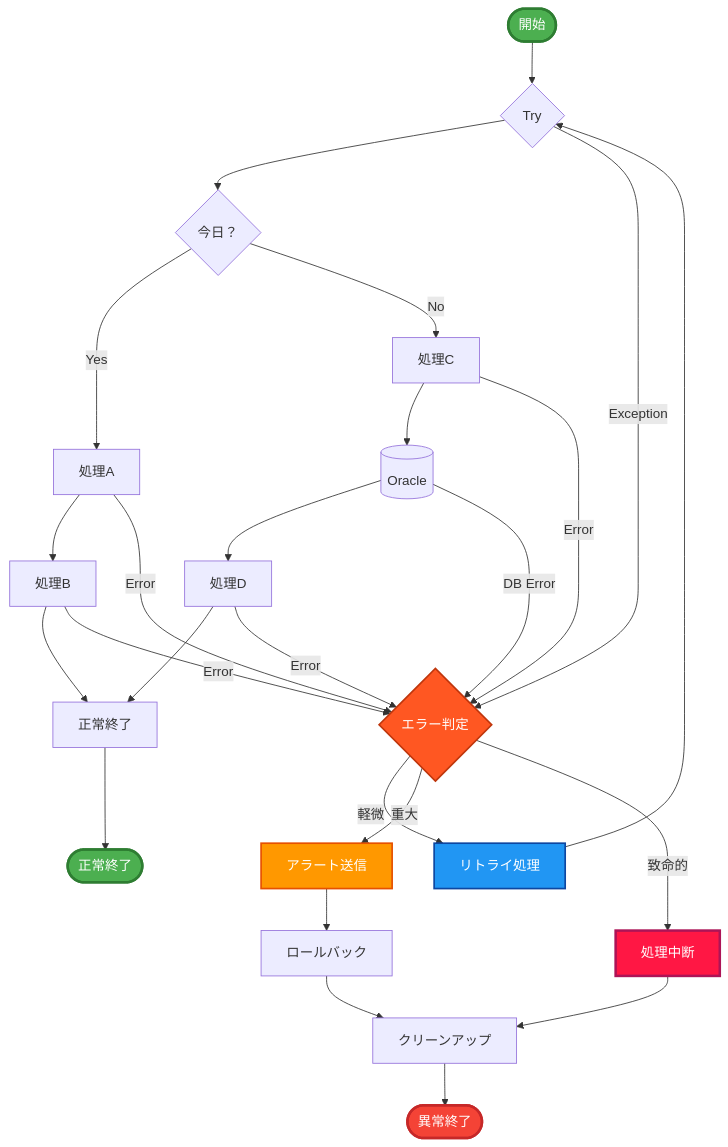
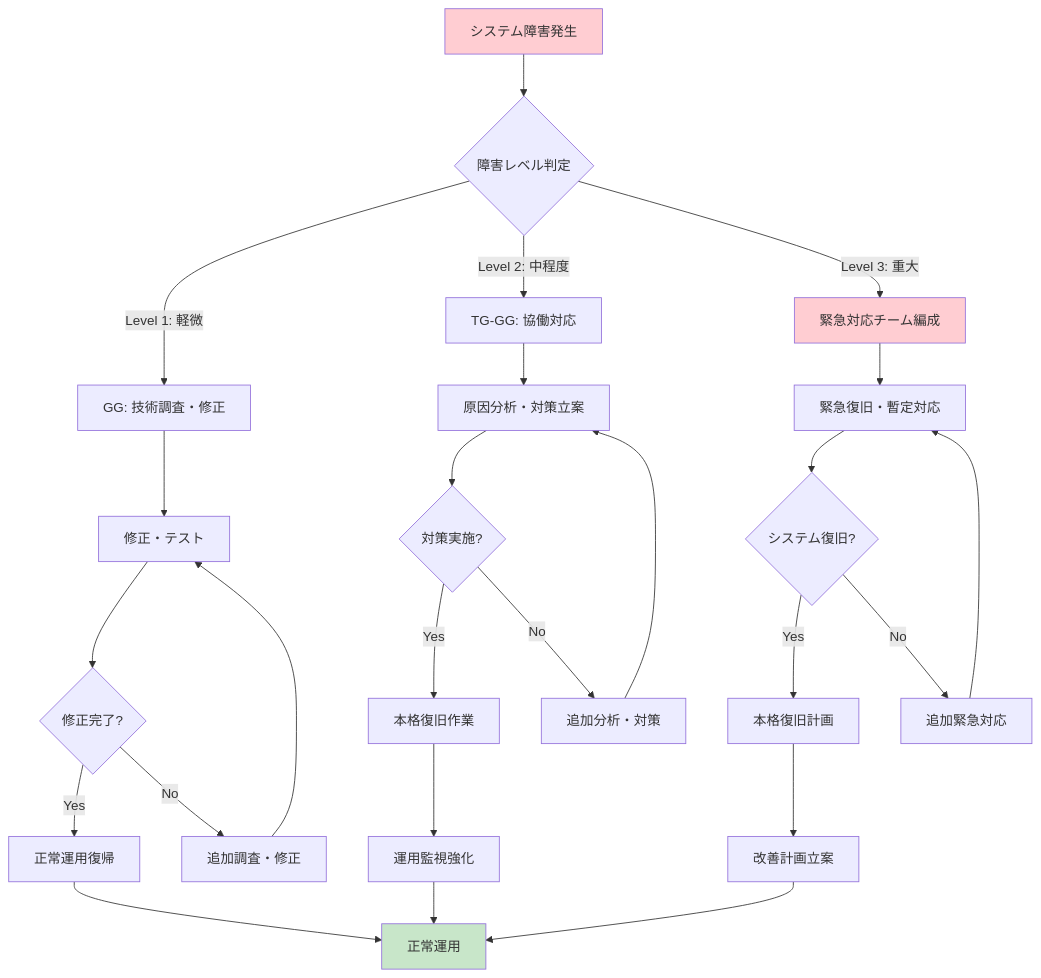
One commit to MasatakaNakamura/xlsx-data-analyzer changed the seventh of 10 diagrams in docs/構成図_詳細フローチャート.md. Above: the diagram before and after it, drawn with Mermaid. The commit also changed other lines of this file and 32 other files, not shown here.

````diff
--- a/docs/構成図_詳細フローチャート.md
+++ b/docs/構成図_詳細フローチャート.md
@@ -208,44 +239,39 @@
 ```mermaid
 flowchart TD
-    Start([開始]) --> TryBlock{Try}
+    A[システム障害発生] --> B{障害レベル判定}
 
-    TryBlock --> Decision{今日？}
-    Decision -->|Yes| ProcessA[処理A]
-    Decision -->|No| ProcessC[処理C]
+    B -->|Level 1: 軽微| C[GG: 技術調査・修正]
+    B -->|Level 2: 中程度| D[TG-GG: 協働対応]
+    B -->|Level 3: 重大| E[緊急対応チーム編成]
 
-    ProcessA --> ProcessB[処理B]
-    ProcessC --> Oracle[(Oracle)]
-    Oracle --> ProcessD[処理D]
+    C --> F[修正・テスト]
+    D --> G[原因分析・対策立案]
+    E --> H[緊急復旧・暫定対応]
 
-    ProcessB --> Success[正常終了]
-    ProcessD --> Success
+    F --> I{修正完了?}
+    G --> J{対策実施?}
+    H --> K{システム復旧?}
 
-    %% エラーハンドリング
-    TryBlock -->|Exception| ErrorHandler{エラー判定}
-    ProcessA -->|Error| ErrorHandler
-    ProcessB -->|Error| ErrorHandler
-    ProcessC -->|Error| ErrorHandler
-    Oracle -->|DB Error| ErrorHandler
-    ProcessD -->|Error| ErrorHandler
+    I -->|Yes| L[正常運用復帰]
+    I -->|No| M[追加調査・修正]
 
-    ErrorHandler -->|軽微| Retry[リトライ処理]
-    ErrorHandler -->|重大| Alert[アラート送信]
-    ErrorHandler -->|致命的| Abort[処理中断]
+    J -->|Yes| N[本格復旧作業]
+    J -->|No| O[追加分析・対策]
 
-    Retry --> TryBlock
-    Alert --> Rollback[ロールバック]
-    Abort --> Cleanup[クリーンアップ]
+    K -->|Yes| P[本格復旧計画]
+    K -->|No| Q[追加緊急対応]
 
-    Rollback --> Cleanup
-    Cleanup --> End([異常終了])
-    Success --> End2([正常終了])
+    M --> F
+    O --> G
+    Q --> H
 
-    %% スタイリング
-    style Start fill:#4CAF50,stroke:#2E7D32,stroke-width:3px,color:#fff
-    style End fill:#F44336,stroke:#C62828,stroke-width:3px,color:#fff
-    style End2 fill:#4CAF50,stroke:#2E7D32,stroke-width:3px,color:#fff
-    style ErrorHandler fill:#FF5722,stroke:#BF360C,stroke-width:2px,color:#fff
-    style Abort fill:#FF1744,stroke:#AD1457,stroke-width:3px,color:#fff
-    style Alert fill:#FF9800,stroke:#E65100,stroke-width:2px,color:#fff
-    style Retry fill:#2196F3,stroke:#0D47A1,stroke-width:2px,color:#fff
+    N --> R[運用監視強化]
+    P --> S[改善計画立案]
+    L --> T[正常運用]
+    R --> T
+    S --> T
+
+    style A fill:#ffcdd2
+    style E fill:#ffcdd2
+    style T fill:#c8e6c9
 ```
````
